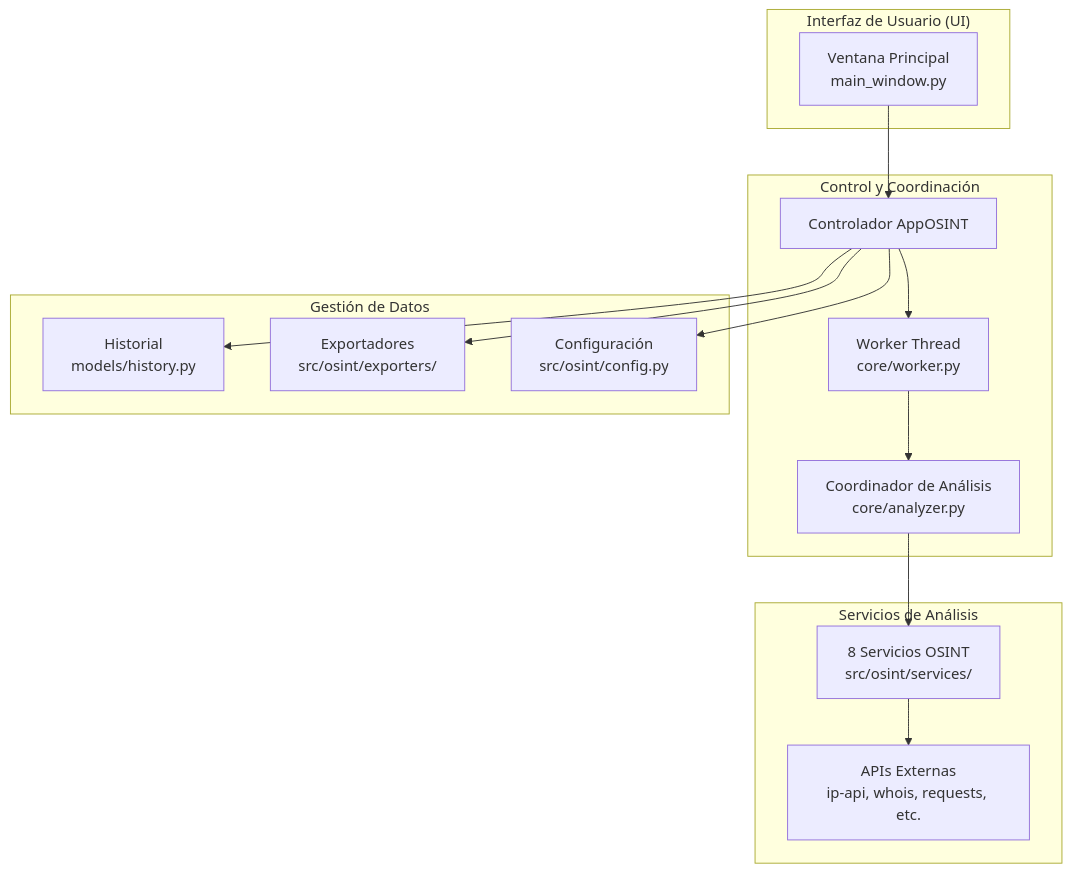
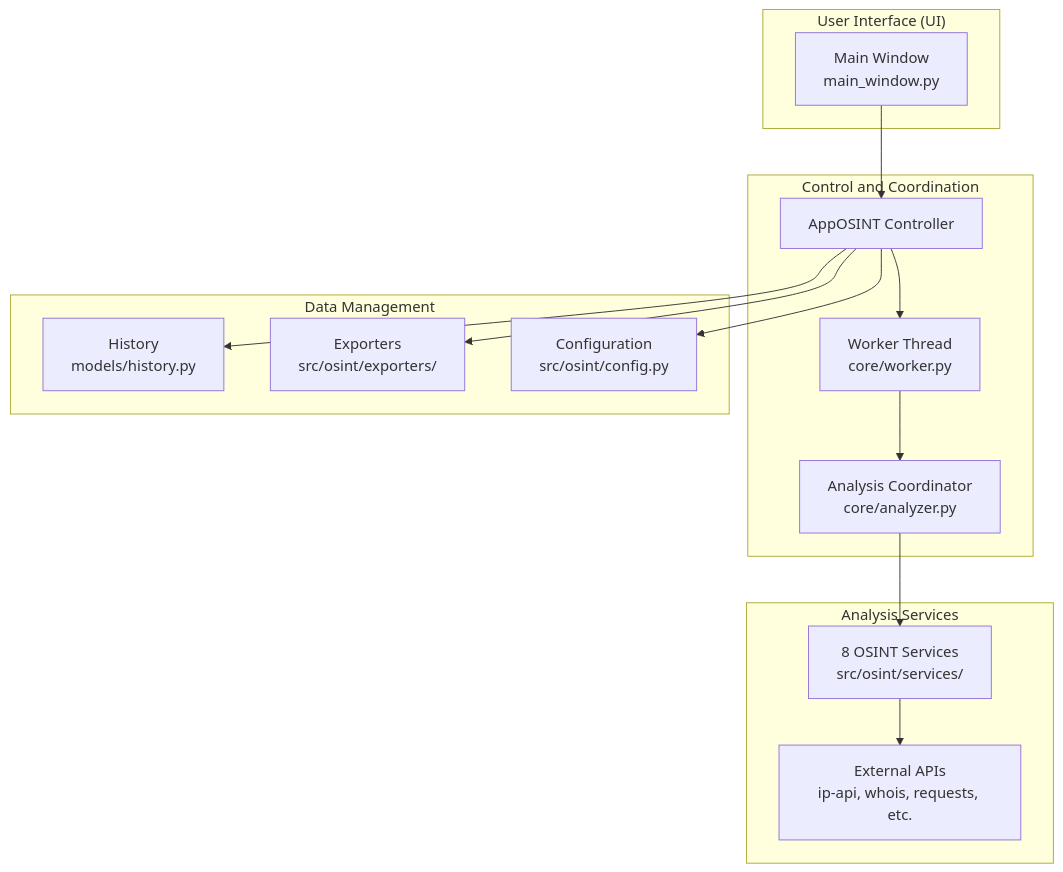
One commit to Lanzoone30/OSINT-Herramienta-de-Analisis changed the diagram in README.md. Above: the diagram before and after it, drawn with Mermaid. The commit also changed other lines of this file, not shown here.

````diff
--- a/README.md
+++ b/README.md
@@ -152,32 +152,32 @@
 ```mermaid
 graph TB
-    subgraph "Interfaz de Usuario (UI)"
-        UI[Ventana Principal<br/>main_window.py]
+    subgraph "User Interface (UI)"
+        UI[Main Window<br/>main_window.py]
     end
 
-    subgraph "Control y Coordinación"
-        CTRL[Controlador AppOSINT]
+    subgraph "Control and Coordination"
+        CTRL[AppOSINT Controller]
         WORKER[Worker Thread<br/>core/worker.py]
-        COORD[Coordinador de Análisis<br/>core/analyzer.py]
+        COORD[Analysis Coordinator<br/>core/analyzer.py]
     end
 
-    subgraph "Servicios de Análisis"
-        SVCS[8 Servicios OSINT<br/>src/osint/services/]
-        API[APIs Externas<br/>ip-api, whois, requests, etc.]
+    subgraph "Analysis Services"
+        SVCS[8 OSINT Services<br/>src/osint/services/]
+        API[External APIs<br/>ip-api, whois, requests, etc.]
     end
 
-    subgraph "Gestión de Datos"
-        HIST[Historial<br/>models/history.py]
-        EXP[Exportadores<br/>src/osint/exporters/]
-        CFG[Configuración<br/>src/osint/config.py]
+    subgraph "Data Management"
+        HIST[History<br/>models/history.py]
+        EXP[Exporters<br/>src/osint/exporters/]
+        CFG[Configuration<br/>src/osint/config.py]
     end
 
     UI --> CTRL
     CTRL --> WORKER
     WORKER --> COORD
     COORD --> SVCS
     SVCS --> API
     CTRL --> HIST
     CTRL --> EXP
     CTRL --> CFG
 ```
````
